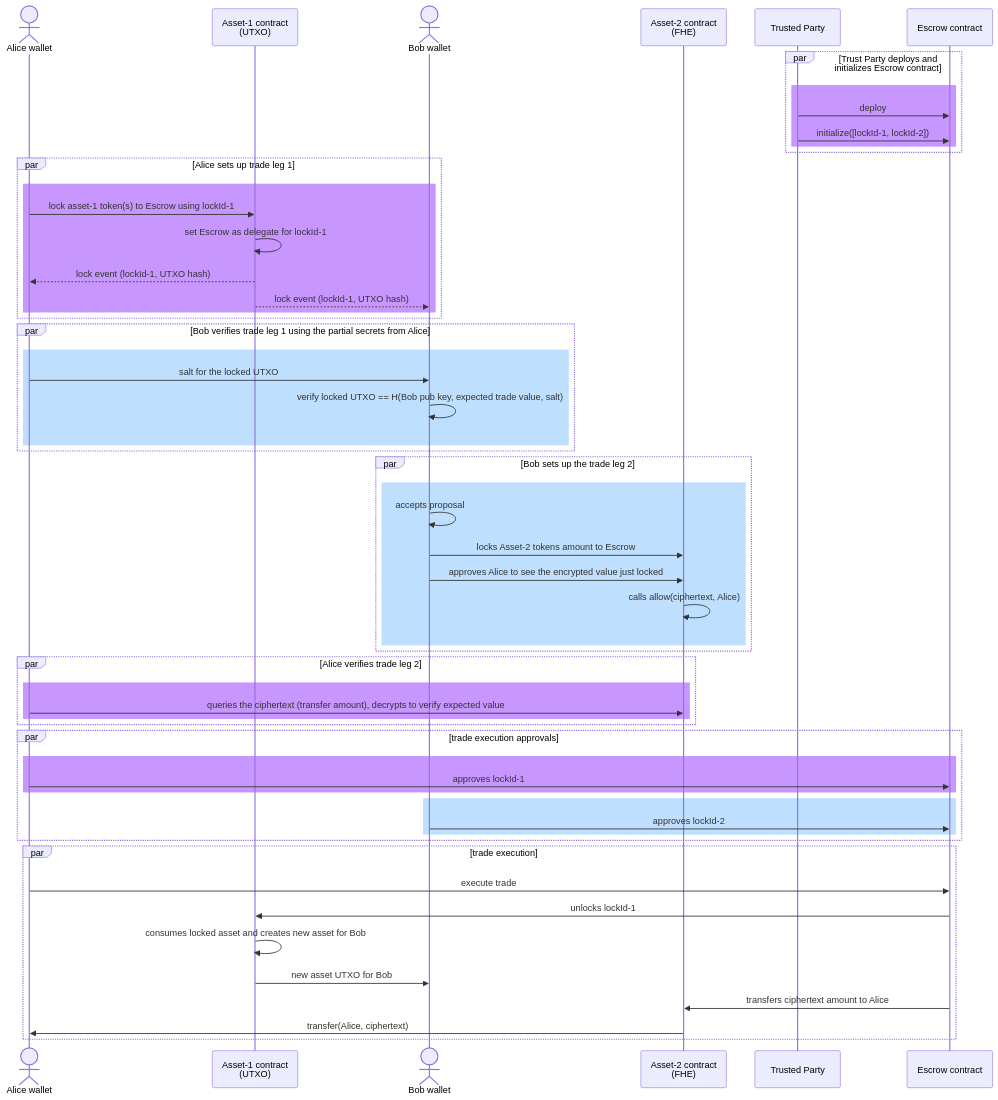
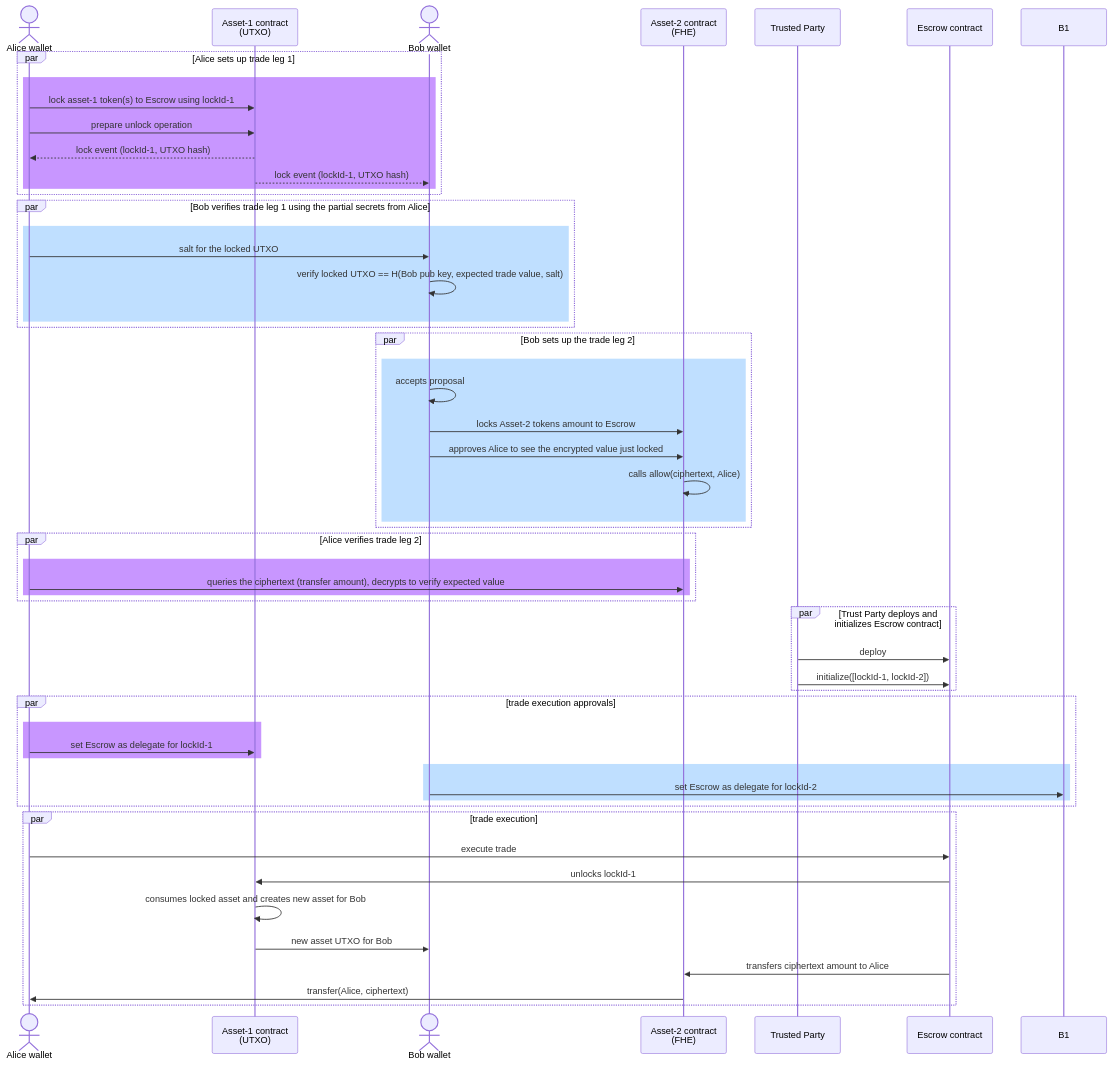
One commit to kaleido-io/PET-atomic-settlements changed the first of 3 diagrams in atomic-settlement.md. Above: the diagram before and after it, drawn with Mermaid. The commit also changed other lines of this file and 4 other files, not shown here.

````diff
--- a/atomic-settlement.md
+++ b/atomic-settlement.md
@@ -191,58 +208,56 @@
 ```mermaid
 sequenceDiagram
   actor A as Alice wallet
   participant A1 as Asset-1 contract<br>(UTXO)
   actor B as Bob wallet
   participant A2 as Asset-2 contract<br>(FHE)
   participant T as Trusted Party
   participant E as Escrow contract
-  par Trust Party deploys and initializes Escrow contract
-  rect rgb(200, 150, 255)
-    T->>E: deploy
-    T->>E: initialize([lockId-1, lockId-2])
-  end
-  end
   par Alice sets up trade leg 1
   rect rgb(200, 150, 255)
     A->>A1: lock asset-1 token(s) to Escrow using lockId-1
-    A1->>A1: set Escrow as delegate for lockId-1
+    A->>A1: prepare unlock operation
     A1-->>A: lock event (lockId-1, UTXO hash)
     A1-->>B: lock event (lockId-1, UTXO hash)
   end
   end
   par Bob verifies trade leg 1 using the partial secrets from Alice
   rect rgb(191, 223, 255)
     A->>B: salt for the locked UTXO
     B->>B: verify locked UTXO == H(Bob pub key, expected trade value, salt)
   end
   end
   par Bob sets up the trade leg 2
   rect rgb(191, 223, 255)
     B->>B: accepts proposal
     B->>A2: locks Asset-2 tokens amount to Escrow
     B->>A2: approves Alice to see the encrypted value just locked
     A2->>A2: calls allow(ciphertext, Alice)
   end
   end
   par Alice verifies trade leg 2
   rect rgb(200, 150, 255)
     A->>A2: queries the ciphertext (transfer amount), decrypts to verify expected value
   end
   end
+  par Trust Party deploys and initializes Escrow contract
+    T->>E: deploy
+    T->>E: initialize([lockId-1, lockId-2])
+  end
   par trade execution approvals
     rect rgb(200, 150, 255)
-    A->>E: approves lockId-1
+    A->>A1: set Escrow as delegate for lockId-1
     end
     rect rgb(191, 223, 255)
-    B->>E: approves lockId-2
+    B->>B1: set Escrow as delegate for lockId-2
   end
   end
   par trade execution
     A->>E: execute trade
     E->>A1: unlocks lockId-1
     A1->>A1: consumes locked asset and creates new asset for Bob
     A1->>B: new asset UTXO for Bob
     E->>A2: transfers ciphertext amount to Alice
     A2->>A: transfer(Alice, ciphertext)
   end
 ```
````
